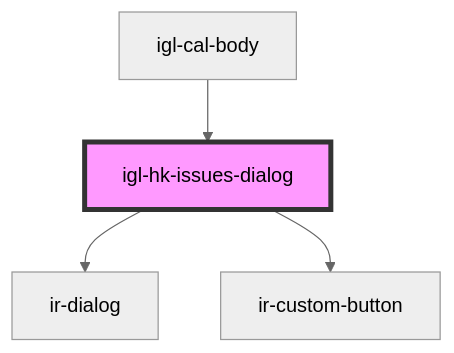
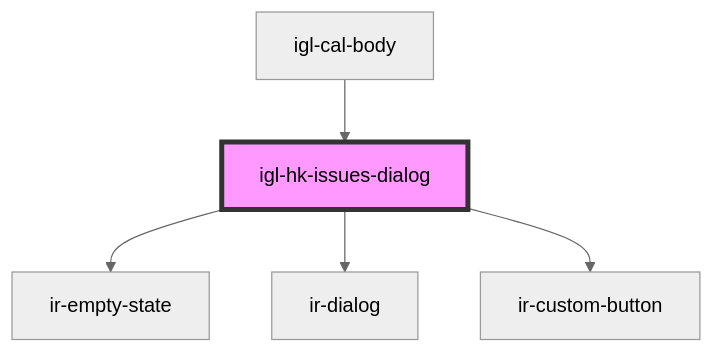
One commit to RonyRizk/ir-webcmp changed the diagram in src/components/igloo-calendar/igl-cal-body/igl-hk-issues-dialog/readme.md. Above: the diagram before and after it, drawn with Mermaid (neutral theme). The commit also changed other lines of this file and 857 other files, not shown here.

````diff
--- a/src/components/igloo-calendar/igl-cal-body/igl-hk-issues-dialog/readme.md
+++ b/src/components/igloo-calendar/igl-cal-body/igl-hk-issues-dialog/readme.md
@@ -36,7 +37,8 @@
 ```mermaid
 graph TD;
+  igl-hk-issues-dialog --> ir-empty-state
   igl-hk-issues-dialog --> ir-dialog
   igl-hk-issues-dialog --> ir-custom-button
   igl-cal-body --> igl-hk-issues-dialog
   style igl-hk-issues-dialog fill:#f9f,stroke:#333,stroke-width:4px
 ```
````
